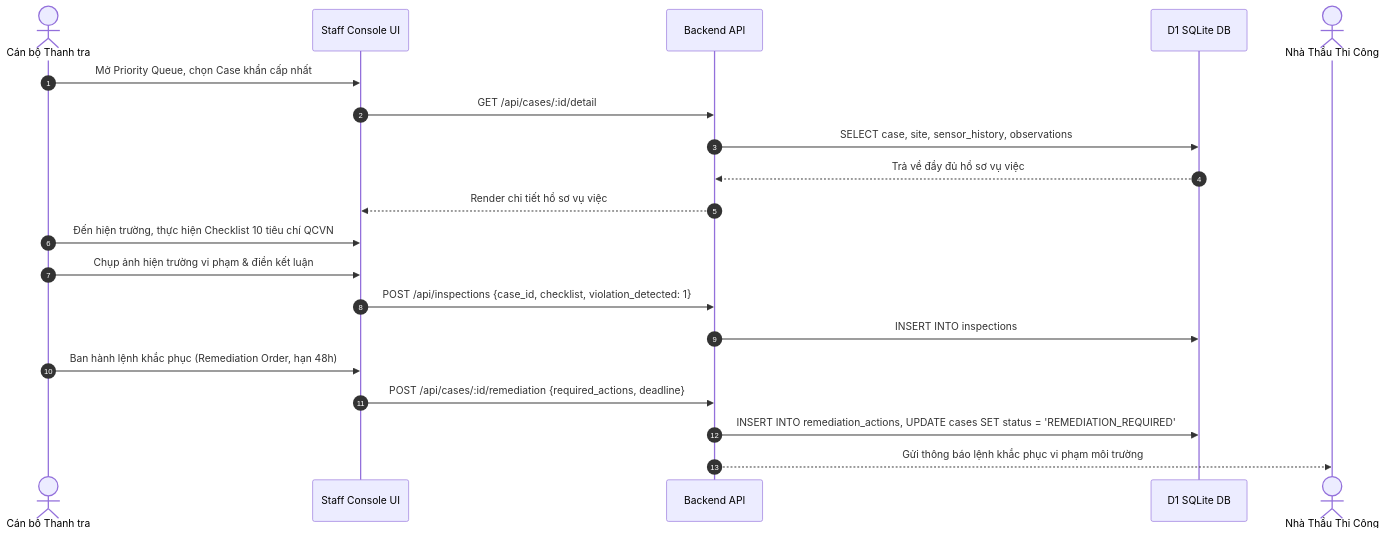
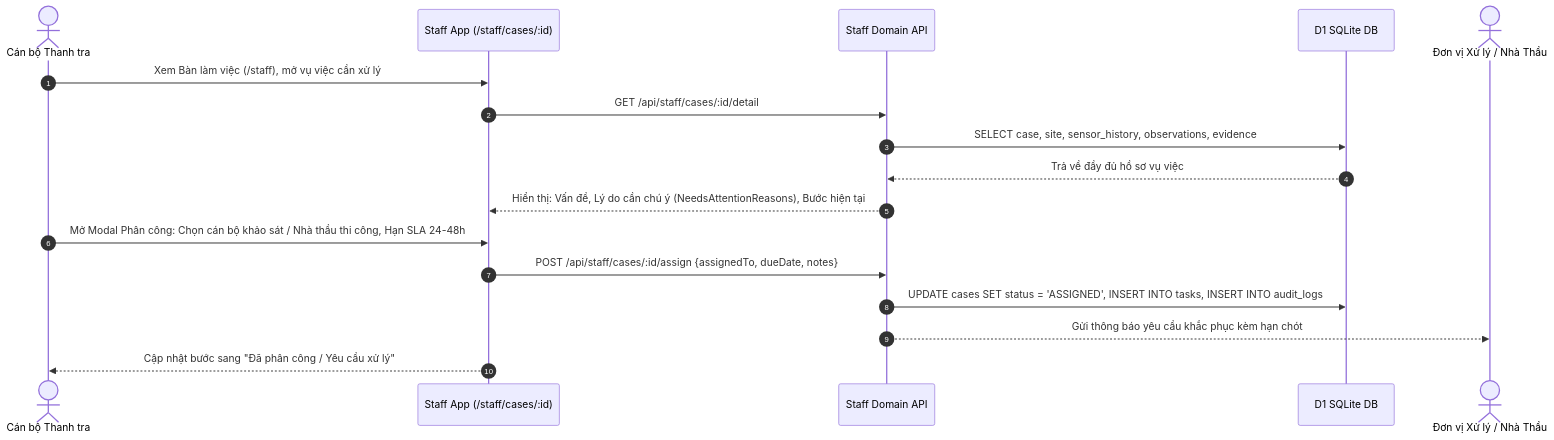
The third of 6 diagrams in .agents/ssot/USER_FLOWS.md (26730023-PhamPhuNguyenHung/unicef-dustguard), drawn with Mermaid before and after one commit. The commit also changed other lines of this file and 6 other files, not shown here.

````diff
--- a/.agents/ssot/USER_FLOWS.md
+++ b/.agents/ssot/USER_FLOWS.md
@@ -76,23 +67,20 @@
 ```mermaid
 sequenceDiagram
     autonumber
     actor Staff as Cán bộ Thanh tra
-    participant UI as Staff Console UI
-    participant API as Backend API
+    participant UI as Staff App (/staff/cases/:id)
+    participant API as Staff Domain API
     participant D1 as D1 SQLite DB
-    actor Contractor as Nhà Thầu Thi Công
+    actor Contractor as Đơn vị Xử lý / Nhà Thầu
 
-    Staff->>UI: Mở Priority Queue, chọn Case khẩn cấp nhất
-    UI->>API: GET /api/cases/:id/detail
-    API->>D1: SELECT case, site, sensor_history, observations
+    Staff->>UI: Xem Bàn làm việc (/staff), mở vụ việc cần xử lý
+    UI->>API: GET /api/staff/cases/:id/detail
+    API->>D1: SELECT case, site, sensor_history, observations, evidence
     D1-->>API: Trả về đầy đủ hồ sơ vụ việc
-    API-->>UI: Render chi tiết hồ sơ vụ việc
-    Staff->>UI: Đến hiện trường, thực hiện Checklist 10 tiêu chí QCVN
-    Staff->>UI: Chụp ảnh hiện trường vi phạm & điền kết luận
-    UI->>API: POST /api/inspections {case_id, checklist, violation_detected: 1}
-    API->>D1: INSERT INTO inspections
-    Staff->>UI: Ban hành lệnh khắc phục (Remediation Order, hạn 48h)
-    UI->>API: POST /api/cases/:id/remediation {required_actions, deadline}
-    API->>D1: INSERT INTO remediation_actions, UPDATE cases SET status = 'REMEDIATION_REQUIRED'
-    API-->>Contractor: Gửi thông báo lệnh khắc phục vi phạm môi trường
+    API-->>UI: Hiển thị: Vấn đề, Lý do cần chú ý (NeedsAttentionReasons), Bước hiện tại
+    Staff->>UI: Mở Modal Phân công: Chọn cán bộ khảo sát / Nhà thầu thi công, Hạn SLA 24-48h
+    UI->>API: POST /api/staff/cases/:id/assign {assignedTo, dueDate, notes}
+    API->>D1: UPDATE cases SET status = 'ASSIGNED', INSERT INTO tasks, INSERT INTO audit_logs
+    API-->>Contractor: Gửi thông báo yêu cầu khắc phục kèm hạn chót
+    UI-->>Staff: Cập nhật bước sang "Đã phân công / Yêu cầu xử lý"
 ```
````
